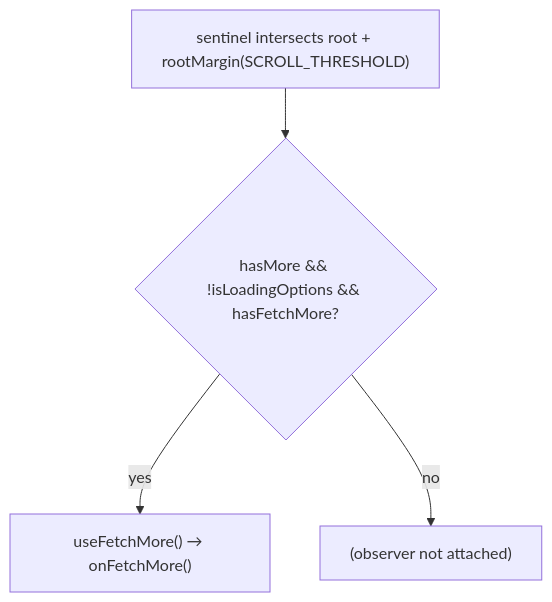
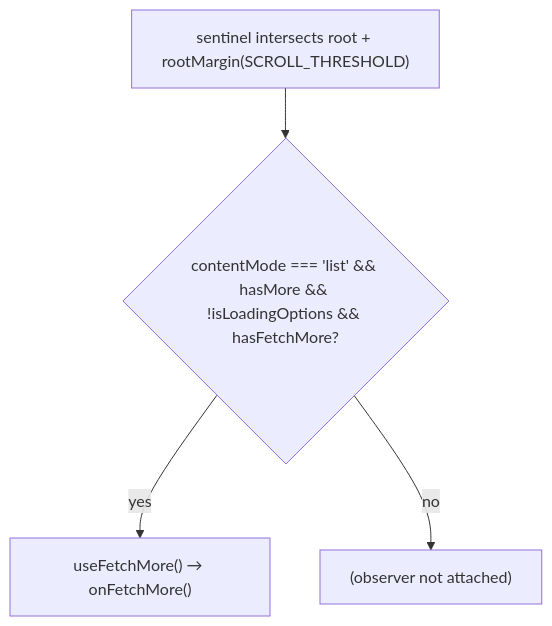
One commit to luciocabrera/lcabrera-stack changed the third of 3 diagrams in packages/ui/src/components/VirtualList/ARCHITECTURE.md. Above: the diagram before and after it, drawn with Mermaid. The commit also changed other lines of this file and 6 other files, not shown here.

````diff
--- a/packages/ui/src/components/VirtualList/ARCHITECTURE.md
+++ b/packages/ui/src/components/VirtualList/ARCHITECTURE.md
@@ -128,6 +139,6 @@
 ```mermaid
 graph TD
-  Sentinel["sentinel intersects root + rootMargin(SCROLL_THRESHOLD)"] --> HasMore{"hasMore && !isLoadingOptions && hasFetchMore?"}
+  Sentinel["sentinel intersects root + rootMargin(SCROLL_THRESHOLD)"] --> HasMore{"contentMode === 'list' && hasMore && !isLoadingOptions && hasFetchMore?"}
   HasMore -->|yes| Fetch["useFetchMore() → onFetchMore()"]
   HasMore -->|no| Skip["(observer not attached)"]
 ```
````
